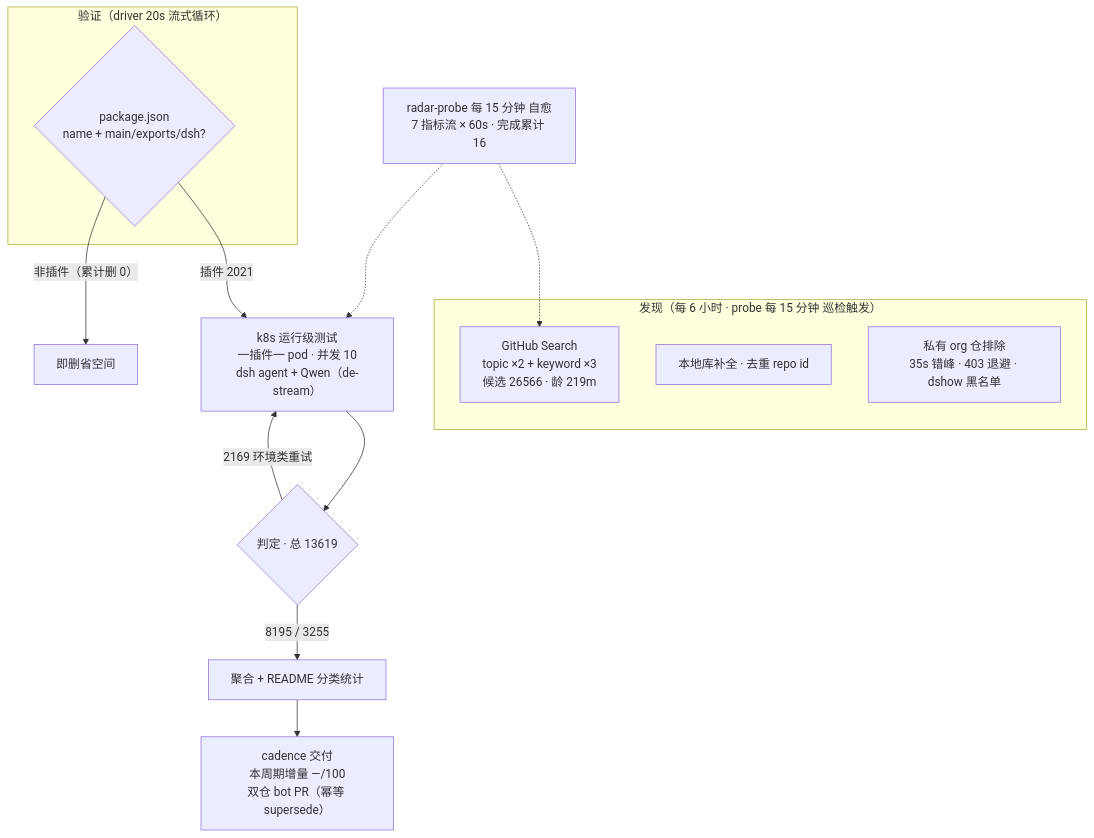
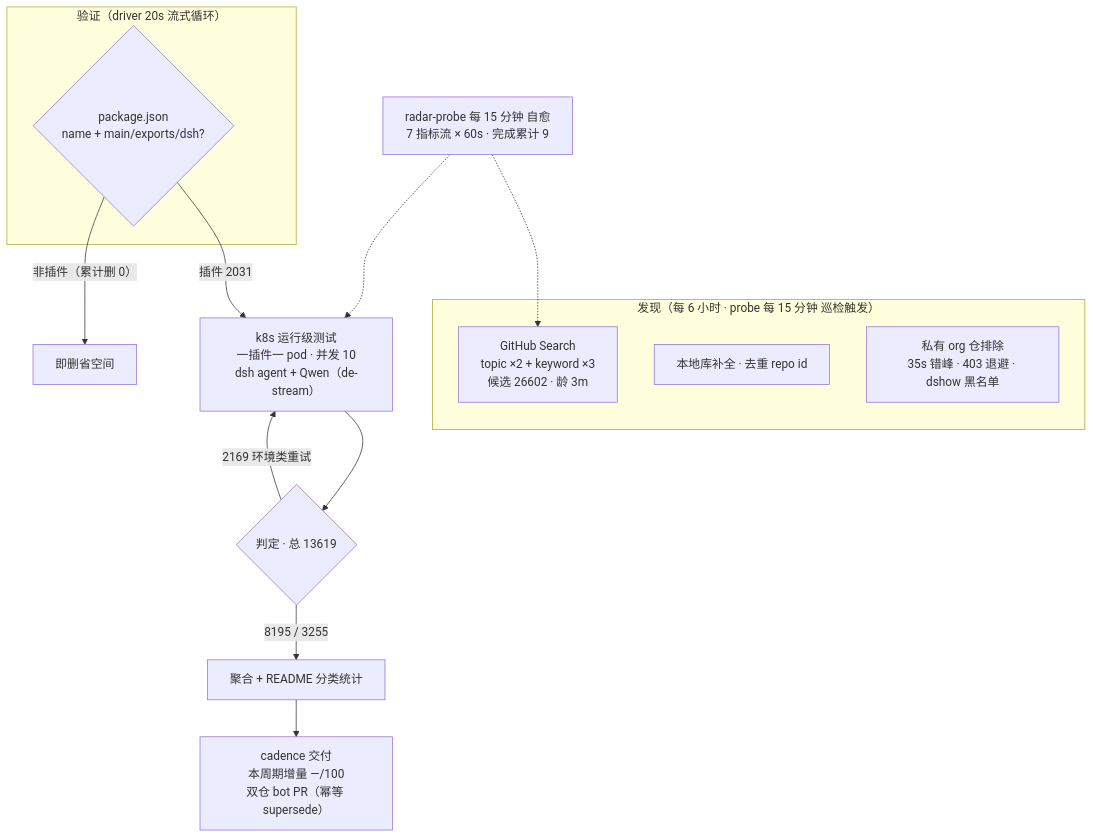
Before and after one commit to Zhidao-Lab-OSS/awesome-dsh-plugins: the diagram in README.md, drawn with Mermaid. The commit also changed other lines of this file and 1 other file, not shown here.

````diff
--- a/README.md
+++ b/README.md
@@ -54,20 +54,20 @@
 ```mermaid
 flowchart TB
     subgraph Discovery["发现（每 6 小时 · probe 每 15 分钟 巡检触发）"]
-        A1["GitHub Search<br/>topic ×2 + keyword ×3<br/>候选 26566 · 龄 219m"]
+        A1["GitHub Search<br/>topic ×2 + keyword ×3<br/>候选 26602 · 龄 3m"]
         A2["本地库补全 · 去重 repo id"]
         A3["私有 org 仓排除<br/>35s 错峰 · 403 退避 · dshow 黑名单"]
     end
     subgraph Validation["验证（driver 20s 流式循环）"]
         B1{"package.json<br/>name + main/exports/dsh?"}
     end
-    B1 -->|"插件 2021"| C1["k8s 运行级测试<br/>一插件一 pod · 并发 10<br/>dsh agent + Qwen（de-stream）"]
+    B1 -->|"插件 2031"| C1["k8s 运行级测试<br/>一插件一 pod · 并发 10<br/>dsh agent + Qwen（de-stream）"]
     B1 -->|"非插件（累计删 0）"| B3["即删省空间"]
     C1 --> D1{"判定 · 总 13619"}
     D1 -->|"8195 / 3255"| E1["聚合 + README 分类统计"]
     D1 -->|"2169 环境类重试"| C1
     E1 --> E2["cadence 交付<br/>本周期增量 —/100<br/>双仓 bot PR（幂等 supersede）"]
-    M["radar-probe 每 15 分钟 自愈<br/>7 指标流 × 60s · 完成累计 16"]
+    M["radar-probe 每 15 分钟 自愈<br/>7 指标流 × 60s · 完成累计 9"]
     M -.-> A1
     M -.-> C1
 ```
````
